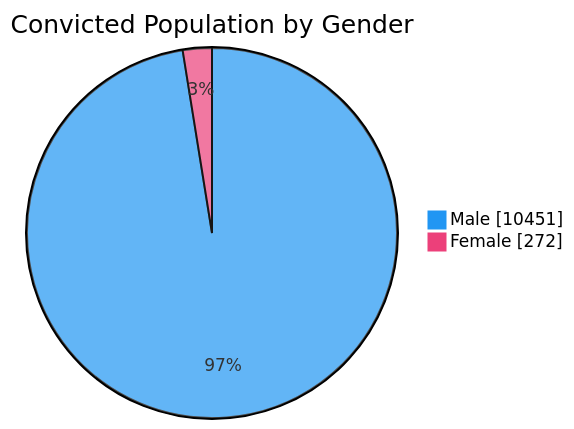
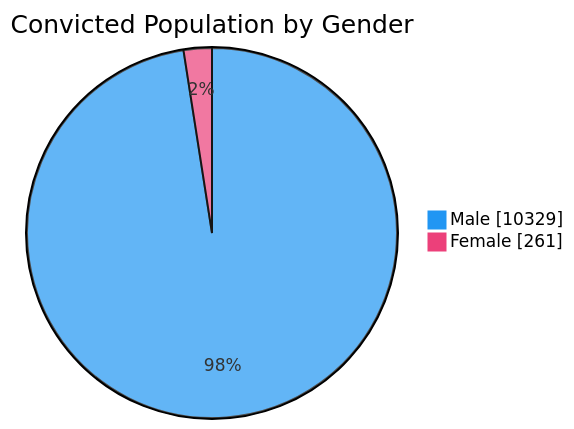
Before and after one commit to nuuuwan/lk_prisons: the third of 7 diagrams in README.md, drawn with Mermaid. The commit also changed other lines of this file and 1 other file, not shown here.

````diff
--- a/README.md
+++ b/README.md
@@ -65,6 +65,6 @@
 ```mermaid
 %%{init: {'themeVariables': {'pie1': '#2196F3', 'pie2': '#EC407A'}}}%%
 pie showData title Convicted Population by Gender
-    "Male" : 10451
-    "Female" : 272
+    "Male" : 10329
+    "Female" : 261
 ```
````
